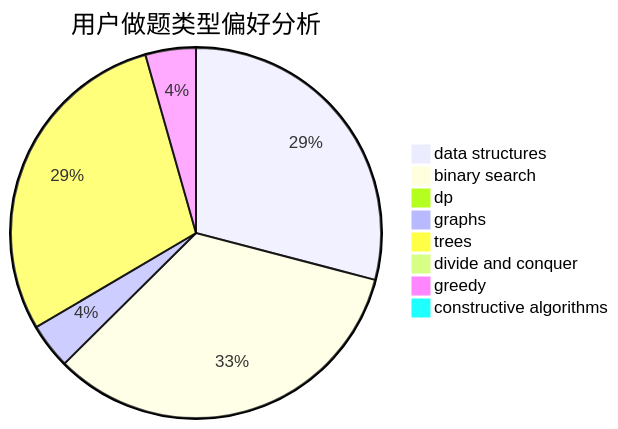
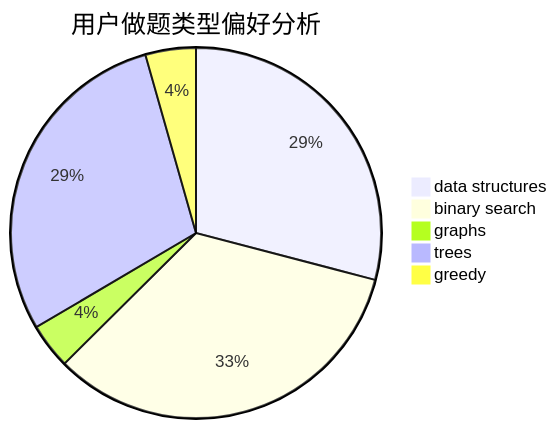
The second of 3 diagrams in docs/user/u1774.md (sherpahu/cfrs.github.io), drawn with Mermaid before and after one commit. The commit also changed other lines of this file and 2770 other files, not shown here.

````diff
--- a/docs/user/u1774.md
+++ b/docs/user/u1774.md
@@ -18,11 +14,8 @@
 ```mermaid
 pie title 用户做题类型偏好分析
     "data structures" :  66
     "binary search" :  76
-    "dp" :  0
     "graphs" :  9
     "trees" :  66
-    "divide and conquer" :  0
     "greedy" :  10
-    "constructive algorithms" :  0
 ```
````
